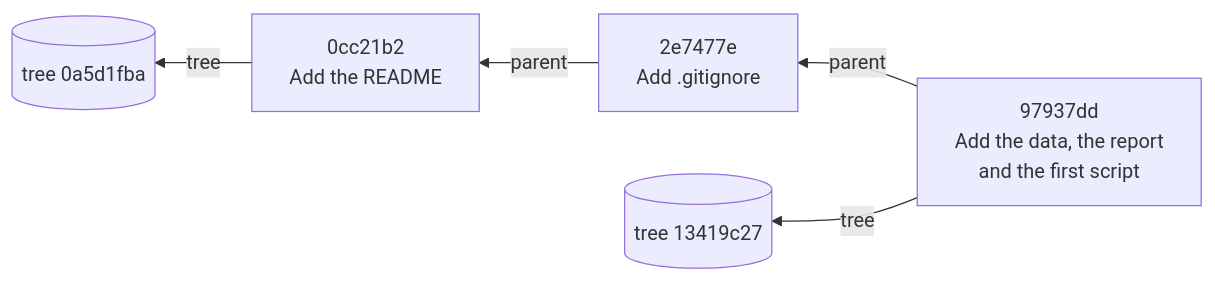
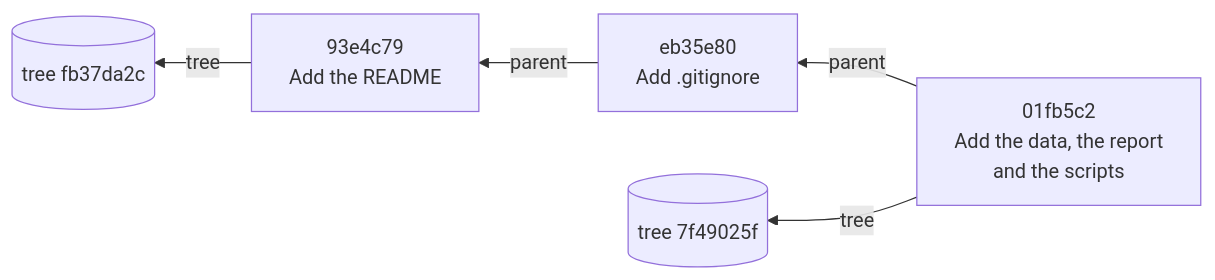
Before and after one commit to MindaugasSarpis/CERN_lessons_on_data_analysis: the first of 4 diagrams in lectures/content/slides/05_Version_Control.md, drawn with Mermaid. The commit also changed other lines of this file and 73 other files, not shown here.

````diff
--- a/lectures/content/slides/05_Version_Control.md
+++ b/lectures/content/slides/05_Version_Control.md
@@ -558,8 +648,8 @@
 ```mermaid {scale: 0.95}
 flowchart RL
-    C3["97937dd<br/>Add the data, the report<br/>and the first script"] -- parent --> C2["2e7477e<br/>Add .gitignore"] -- parent --> C1["0cc21b2<br/>Add the README"]
-    T3[("tree 13419c27")]
-    T1[("tree 0a5d1fba")]
+    C3["01fb5c2<br/>Add the data, the report<br/>and the scripts"] -- parent --> C2["eb35e80<br/>Add .gitignore"] -- parent --> C1["93e4c79<br/>Add the README"]
+    T3[("tree 7f49025f")]
+    T1[("tree fb37da2c")]
     C3 -- tree --> T3
     C1 -- tree --> T1
 ```
````
